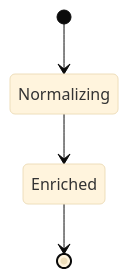
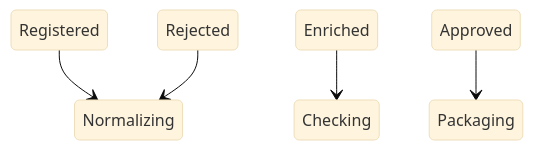
One commit to mols3131d/mols-agent-assets changed the fourth of 5 diagrams in src/rulesync/.rulesync/skills/mols-mermaid-diagram/references/examples/state-diagram.md. Above: the diagram before and after it, drawn with Mermaid (base theme). The commit also changed other lines of this file and 17 other files, not shown here.

Commit message:
feat(mermaid): viewport 및 reference 지침 개선

````diff
--- a/src/rulesync/.rulesync/skills/mols-mermaid-diagram/references/examples/state-diagram.md
+++ b/src/rulesync/.rulesync/skills/mols-mermaid-diagram/references/examples/state-diagram.md
@@ -103,6 +76,7 @@
 ```mermaid
 stateDiagram-v2
-    [*] --> Normalizing
-    Normalizing --> Enriched
-    Enriched --> [*]
+    Registered --> Normalizing
+    Enriched --> Checking
+    Approved --> Packaging
+    Rejected --> Normalizing
 ```
````
